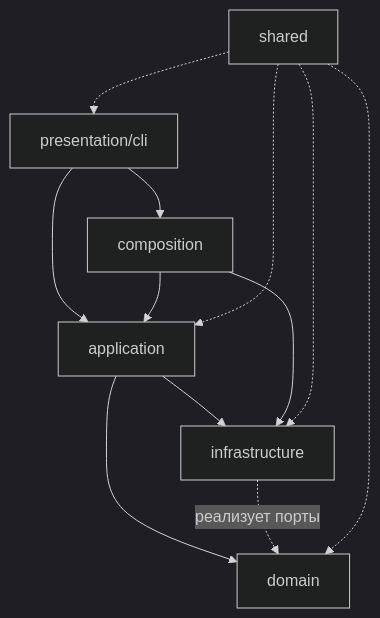
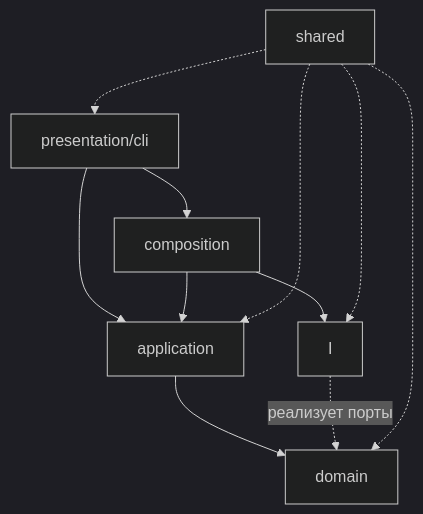
The first of 2 diagrams in docs/architecture.md (pzrkzrpzrk/auto-hh-cli), drawn with Mermaid (dark theme) before and after one commit. The commit also changed other lines of this file and 3 other files, not shown here.

````diff
--- a/docs/architecture.md
+++ b/docs/architecture.md
@@ -37,14 +37,13 @@
 ```mermaid
 flowchart TD
     P["presentation/cli"] --> A["application"]
     P --> C["composition"]
     A --> D["domain"]
-    A --> I["infrastructure"]
     I -. "реализует порты" .-> D
     C --> A
     C --> I
     S["shared"] -.-> P
     S -.-> A
     S -.-> I
     S -.-> D
 ```
````
